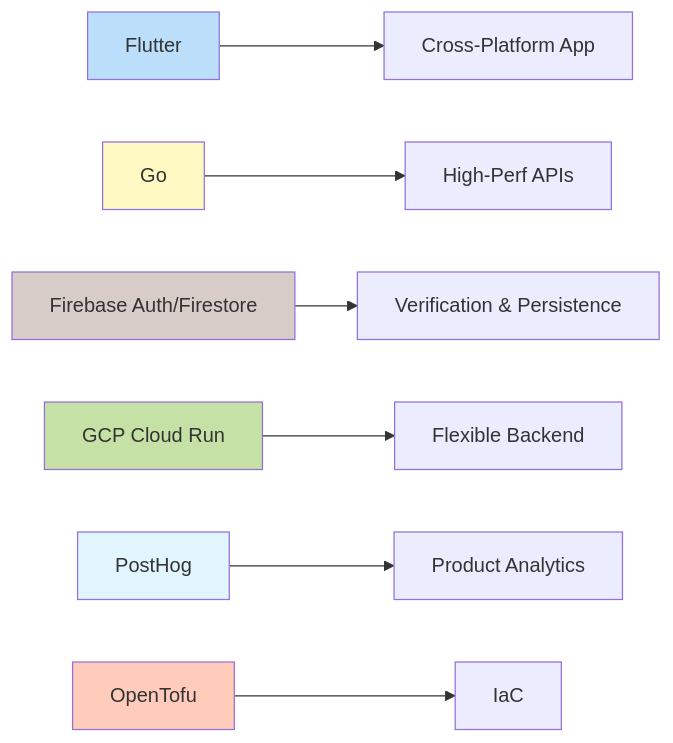
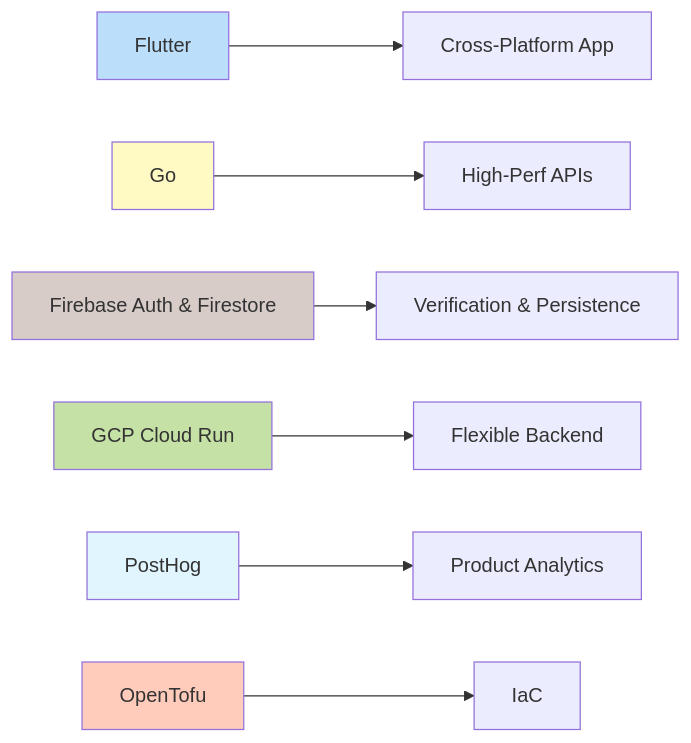
Before and after one commit to keolo/keolo-com: the third of 3 diagrams in content/projects/global-peace-yes.md, drawn with Mermaid. The commit also changed other lines of this file and 13 other files, not shown here.

````diff
--- a/content/projects/global-peace-yes.md
+++ b/content/projects/global-peace-yes.md
@@ -144,15 +144,15 @@
 ```mermaid
 graph LR
   A[Flutter] --> B[Cross-Platform App]
   C[Go] --> D[High-Perf APIs]
-  E[Firebase Auth/Firestore] --> F[Verification & Persistence]
+  E[Firebase Auth & Firestore] --> F[Verification & Persistence]
   G[GCP Cloud Run] --> H[Flexible Backend]
   I[PostHog] --> J[Product Analytics]
   K[OpenTofu] --> L[IaC]
   style A fill:#bbdefb
   style C fill:#fff9c4
   style E fill:#d7ccc8
   style G fill:#c5e1a5
   style I fill:#e1f5fe
   style K fill:#ffccbc
 ```
````
